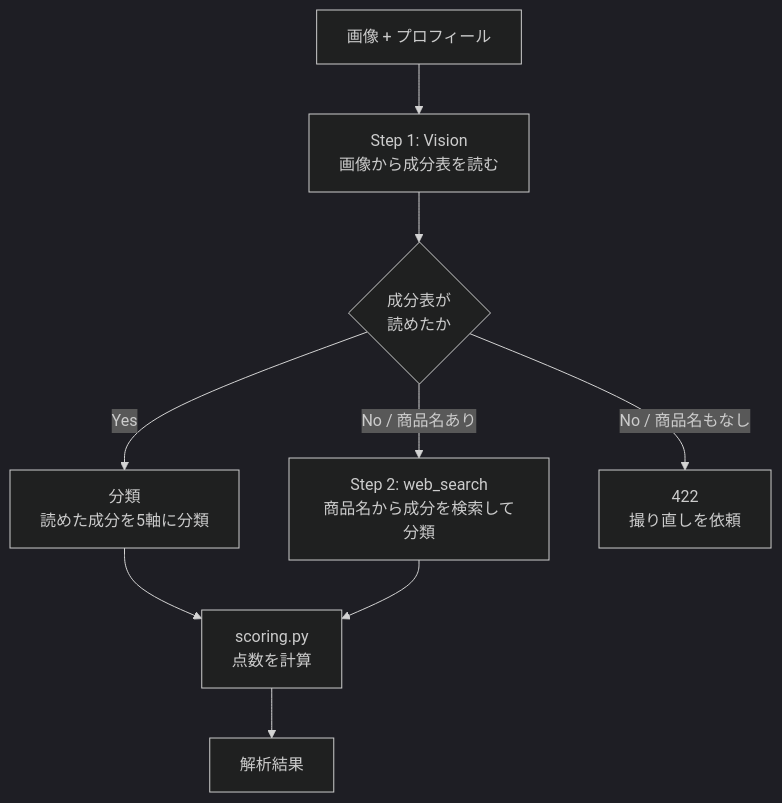
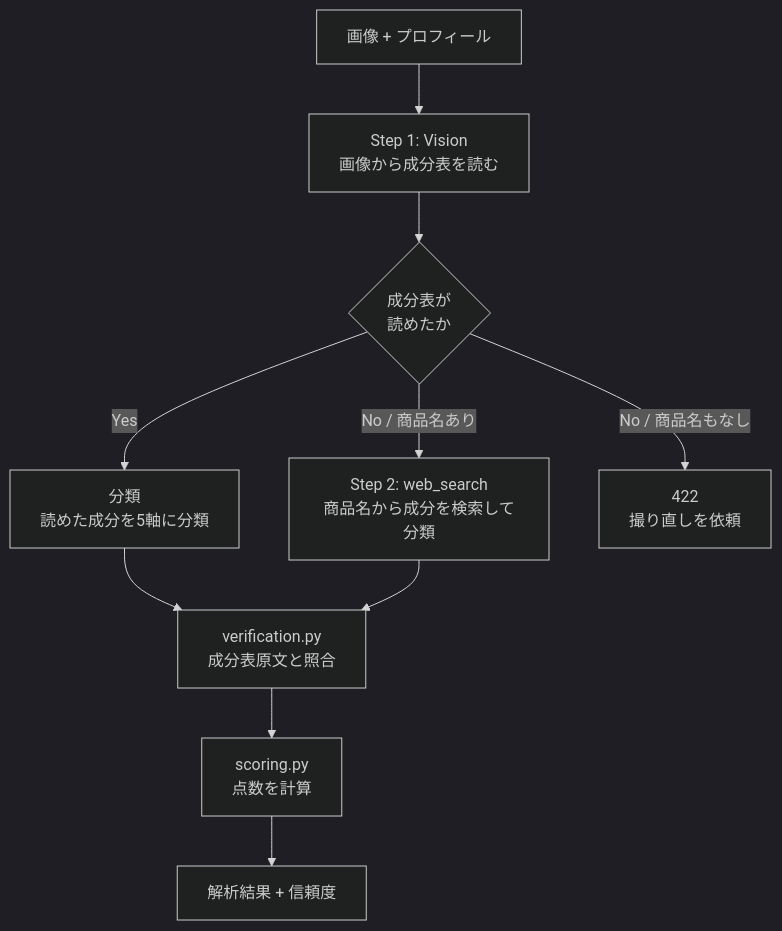
Before and after one commit to laluneyouyue/cosme-analyzer: the second of 4 diagrams in DESIGN.md, drawn with Mermaid (dark theme). The commit also changed other lines of this file and 10 other files, not shown here.

````diff
--- a/DESIGN.md
+++ b/DESIGN.md
@@ -181,17 +183,18 @@
 ```mermaid
 flowchart TD
     IMG["画像 + プロフィール"]
     S1["Step 1: Vision<br/>画像から成分表を読む"]
     Q{"成分表が<br/>読めたか"}
     S2A["分類<br/>読めた成分を5軸に分類"]
     S2B["Step 2: web_search<br/>商品名から成分を検索して分類"]
     ERR["422<br/>撮り直しを依頼"]
+    VF["verification.py<br/>成分表原文と照合"]
     SC["scoring.py<br/>点数を計算"]
-    OUT["解析結果"]
+    OUT["解析結果 + 信頼度"]
 
     IMG --> S1 --> Q
-    Q -->|Yes| S2A --> SC
-    Q -->|"No / 商品名あり"| S2B --> SC
+    Q -->|Yes| S2A --> VF
+    Q -->|"No / 商品名あり"| S2B --> VF
     Q -->|"No / 商品名もなし"| ERR
-    SC --> OUT
+    VF --> SC --> OUT
 ```
````
